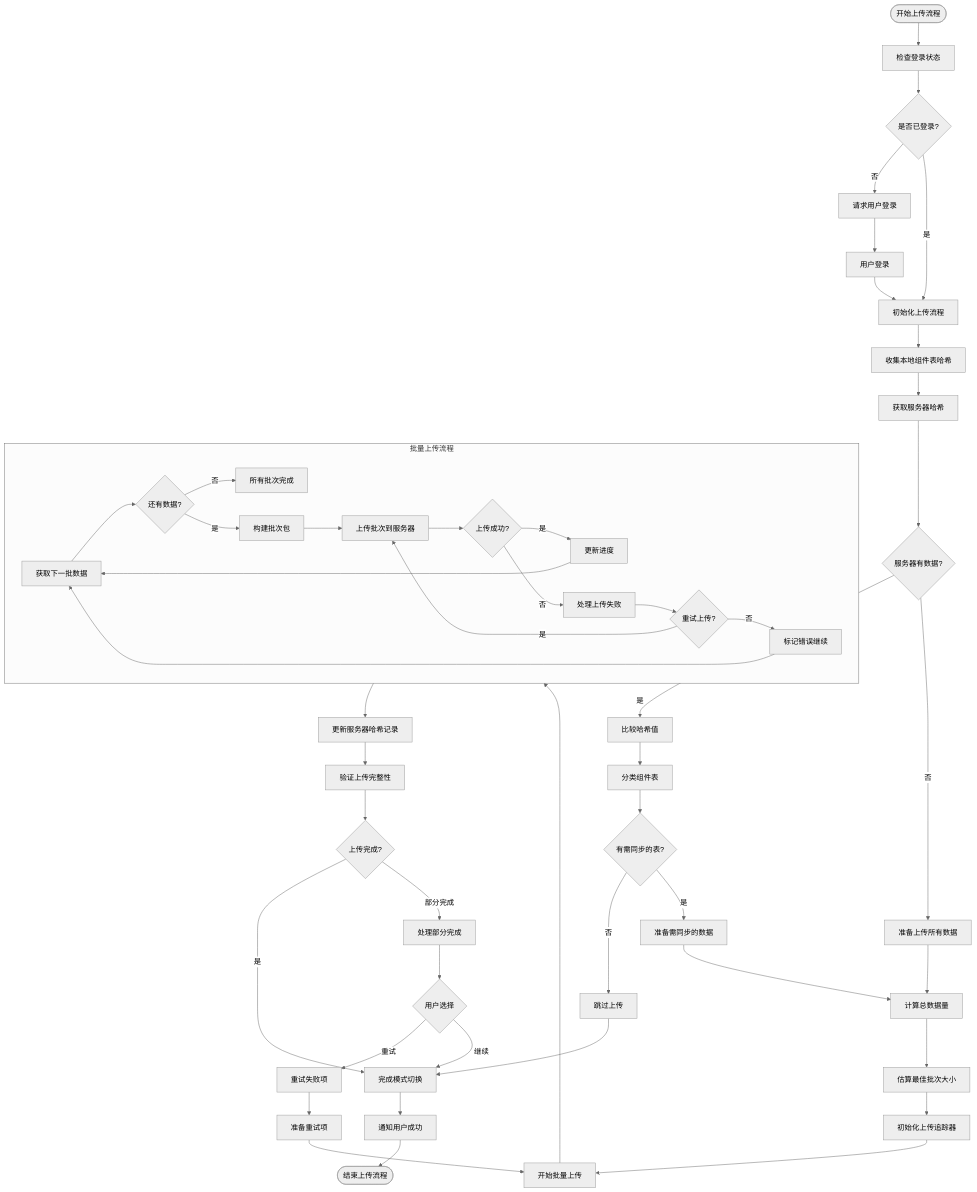
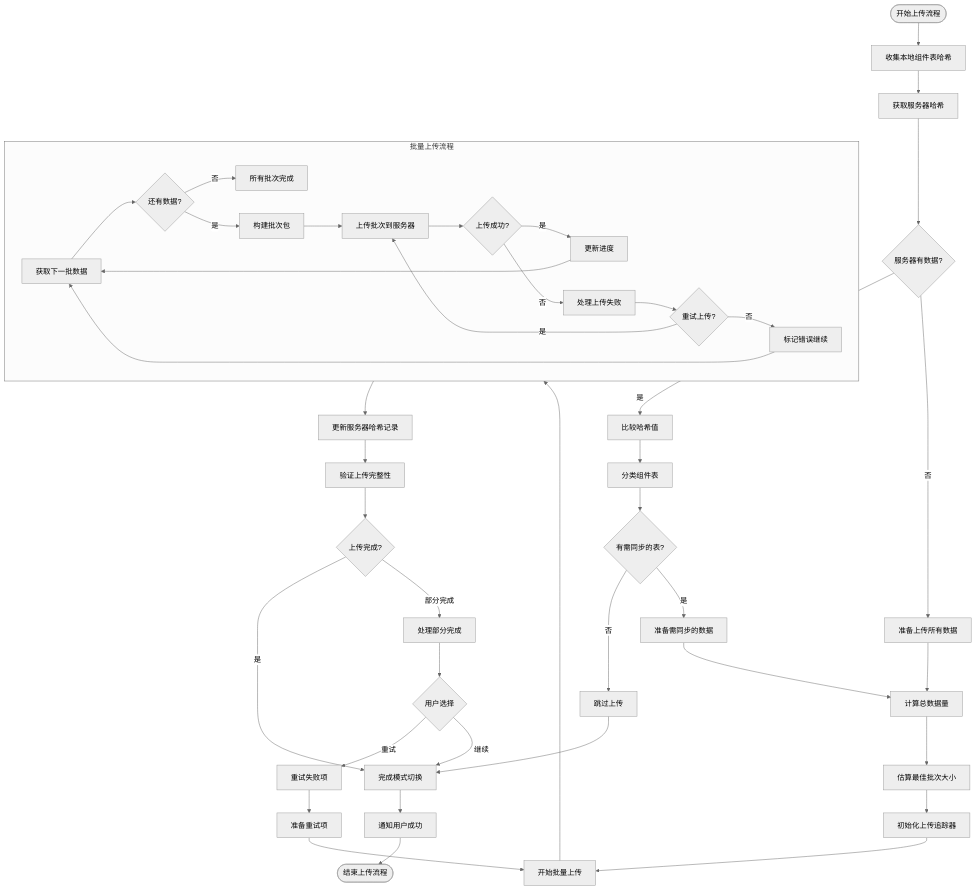
The diagram in all/未命名-51.md (yingjianzh/iodraw-files), drawn with Mermaid (neutral theme) before and after one commit.

Commit message:
2025-05-08 17:02:32 update

````diff
--- a/all/未命名-51.md
+++ b/all/未命名-51.md
@@ -1,68 +1,59 @@
 ```mermaid
 flowchart TD
-    Start([开始上传流程]) --> CheckLogin[检查登录状态]
-    CheckLogin --> LoginStatus{是否已登录?}
-    
-    LoginStatus -->|否| RequestLogin[请求用户登录]
-    LoginStatus -->|是| InitializeProcess[初始化上传流程]
-    
-    RequestLogin --> UserLogin[用户登录]
-    UserLogin --> InitializeProcess
-    
-    InitializeProcess --> CollectLocalHashes[收集本地组件表哈希]
+    Start([开始上传流程]) --> CollectLocalHashes[收集本地组件表哈希]
     CollectLocalHashes --> FetchServerHashes[获取服务器哈希]
     
     FetchServerHashes --> ServerHasData{服务器有数据?}
     
     ServerHasData -->|是| CompareHashes[比较哈希值]
     ServerHasData -->|否| PrepareAllData[准备上传所有数据]
     
     CompareHashes --> ClassifyTables[分类组件表]
     ClassifyTables --> HasChanges{有需同步的表?}
     
     HasChanges -->|否| SkipUpload[跳过上传]
     HasChanges -->|是| PrepareChangedData[准备需同步的数据]
     
     PrepareAllData --> CalculateSize[计算总数据量]
     PrepareChangedData --> CalculateSize
     
     CalculateSize --> EstimateBatchSize[估算最佳批次大小]
     EstimateBatchSize --> InitUploadTracker[初始化上传追踪器]
     InitUploadTracker --> StartBatching[开始批量上传]
     
     subgraph BatchUpload [批量上传流程]
         B1[获取下一批数据] --> B2{还有数据?}
         B2 -->|否| BatchesComplete[所有批次完成]
         B2 -->|是| B3[构建批次包]
         B3 --> B4[上传批次到服务器]
         B4 --> B5{上传成功?}
         B5 -->|是| B6[更新进度]
         B5 -->|否| B7[处理上传失败]
         B7 --> B8{重试上传?}
         B8 -->|是| B4
         B8 -->|否| B9[标记错误继续]
         B6 --> B1
         B9 --> B1
     end
     
     StartBatching --> BatchUpload
     
     BatchUpload --> UpdateServerHashes[更新服务器哈希记录]
     UpdateServerHashes --> VerifyUpload[验证上传完整性]
     
     VerifyUpload --> UploadComplete{上传完成?}
     UploadComplete -->|是| FinalizeMode[完成模式切换]
     UploadComplete -->|部分完成| HandlePartial[处理部分完成]
     
     HandlePartial --> UserChoice{用户选择}
     UserChoice -->|重试| RetryFailed[重试失败项]
     UserChoice -->|继续| FinalizeMode
     
     RetryFailed --> PrepareRetry[准备重试项]
     PrepareRetry --> StartBatching
     
     FinalizeMode --> NotifySuccess[通知用户成功]
     NotifySuccess --> End([结束上传流程])
     
     SkipUpload --> FinalizeMode
 ```
````
